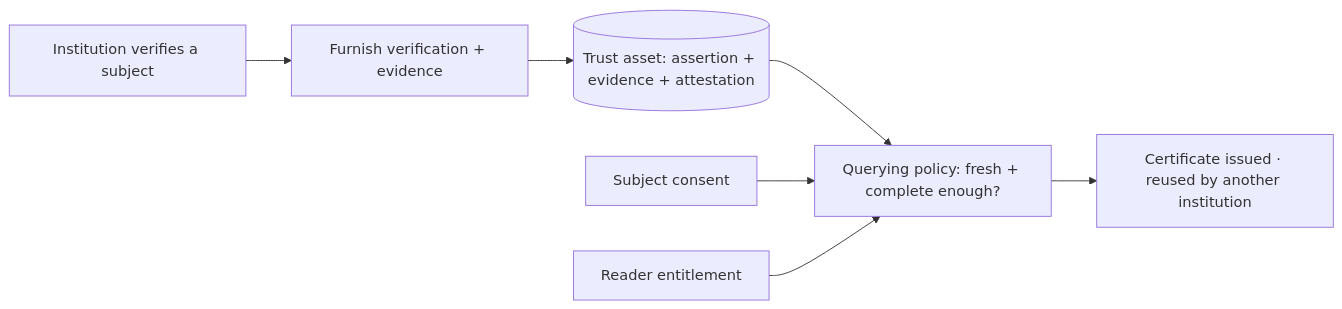
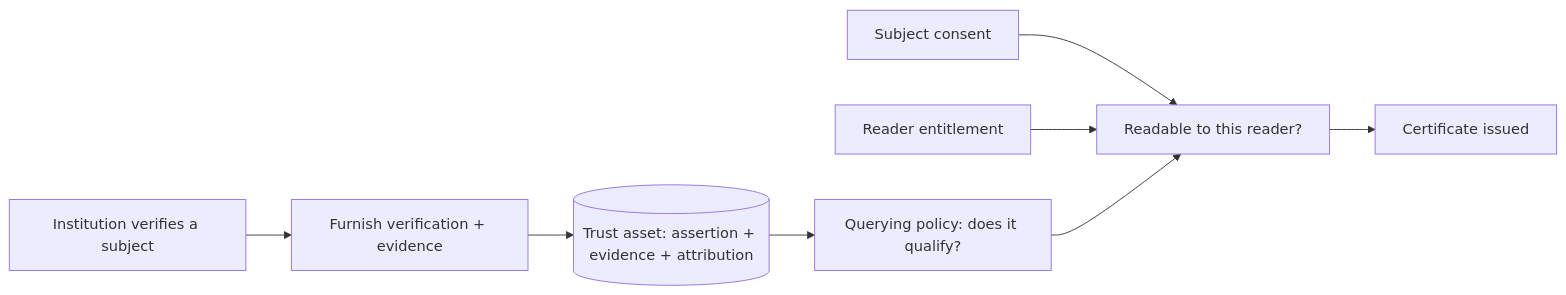
One commit to solo-finance/docs changed the diagram in concepts/trust/trust-assets.mdx. Above: the diagram before and after it, drawn with Mermaid. The commit also changed other lines of this file and 190 other files, not shown here.

````diff
--- a/concepts/trust/trust-assets.mdx
+++ b/concepts/trust/trust-assets.mdx
@@ -83,9 +85,10 @@
 ```mermaid
 flowchart LR
     Inst["Institution verifies a subject"] --> Furn["Furnish verification + evidence"]
-    Furn --> Asset[("Trust asset: assertion + evidence + attestation")]
-    Asset --> Policy["Querying policy: fresh + complete enough?"]
-    Consent["Subject consent"] --> Policy
-    Ent["Reader entitlement"] --> Policy
-    Policy --> Cert["Certificate issued · reused by another institution"]
+    Furn --> Asset[("Trust asset: assertion + evidence + attribution")]
+    Asset --> Policy["Querying policy: does it qualify?"]
+    Consent["Subject consent"] --> Read
+    Ent["Reader entitlement"] --> Read
+    Policy --> Read["Readable to this reader?"]
+    Read --> Cert["Certificate issued"]
 ```
````
